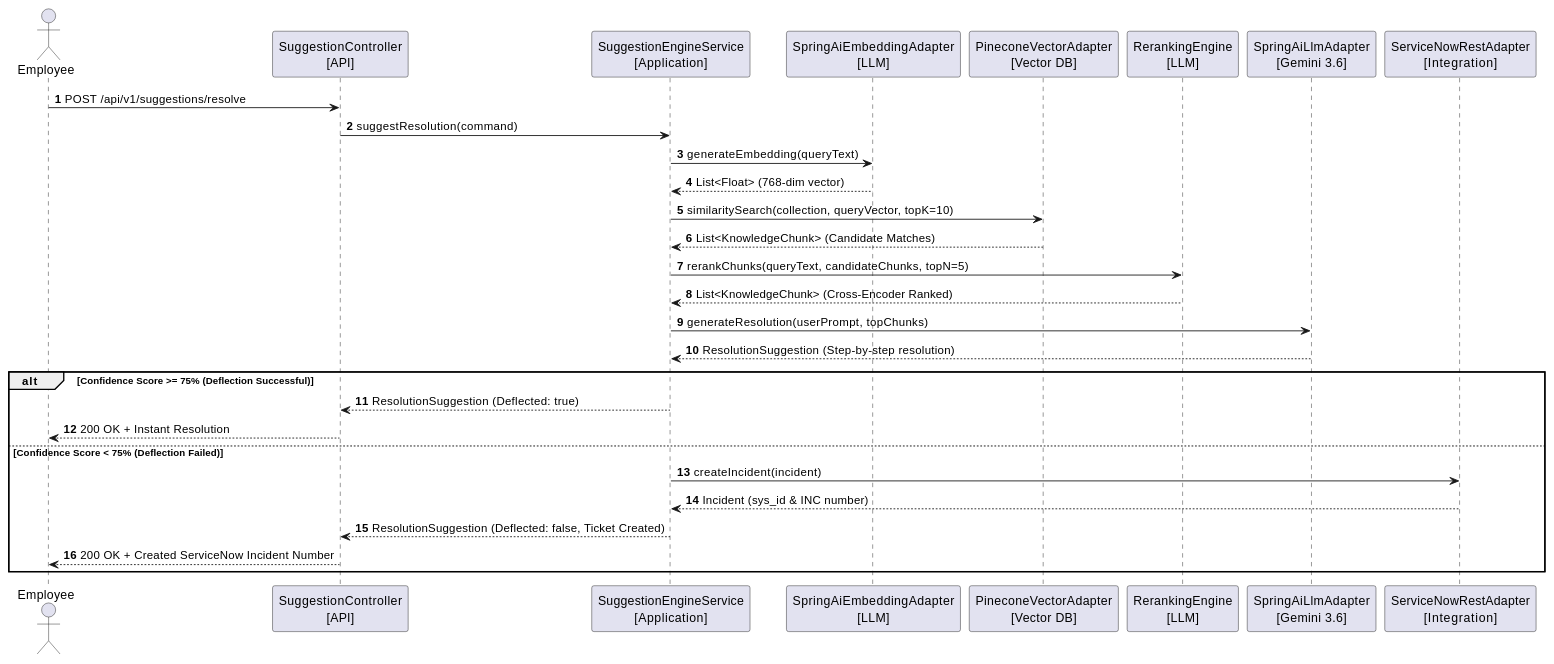
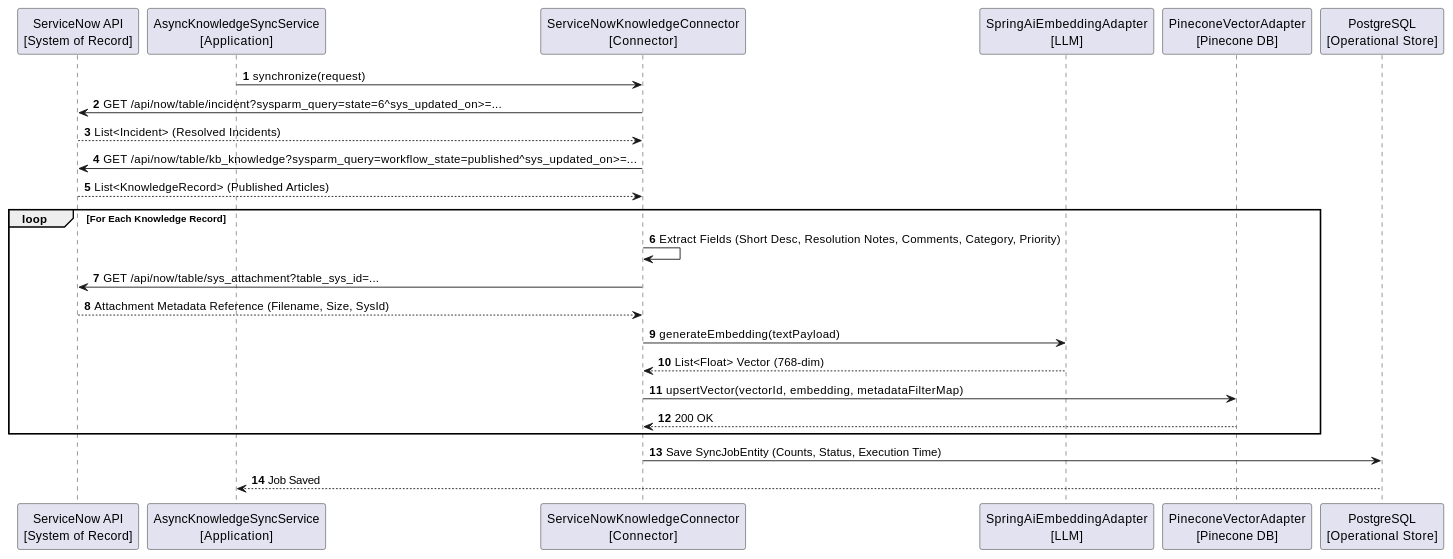
One commit to latecoder10/servicenow-ai-deflection-plugin changed the second of 2 diagrams in service-desk-ai-platform-backend/ARCHITECTURE.md. Above: the diagram before and after it, drawn with PlantUML. The commit also changed other lines of this file and 97 other files, not shown here.

First line of the commit message:
feat: ServiceNow plugin setup, batch embedding, synthetic data loader, setup guide

````diff
--- a/service-desk-ai-platform-backend/ARCHITECTURE.md
+++ b/service-desk-ai-platform-backend/ARCHITECTURE.md
@@ -58,37 +63,32 @@
 ```plantuml
-@startuml PrimaryDeflectionFlow
+@startuml SyncPipelineFlow
 autonumber
-actor Employee as "Employee"
-participant Controller as "SuggestionController\n[API]"
-participant Engine as "SuggestionEngineService\n[Application]"
+participant ServiceNow as "ServiceNow API\n[System of Record]"
+participant SyncEngine as "AsyncKnowledgeSyncService\n[Application]"
+participant Connector as "ServiceNowKnowledgeConnector\n[Connector]"
 participant Embedder as "SpringAiEmbeddingAdapter\n[LLM]"
-participant Pinecone as "PineconeVectorAdapter\n[Vector DB]"
-participant Reranker as "RerankingEngine\n[LLM]"
-participant Gemini as "SpringAiLlmAdapter\n[Gemini 3.6]"
-participant ServiceNow as "ServiceNowRestAdapter\n[Integration]"
+participant Pinecone as "PineconeVectorAdapter\n[Pinecone DB]"
+participant Postgres as "PostgreSQL\n[Operational Store]"
 
-Employee -> Controller: POST /api/v1/suggestions/resolve
-Controller -> Engine: suggestResolution(command)
-Engine -> Embedder: generateEmbedding(queryText)
-Embedder --> Engine: List<Float> (768-dim vector)
+SyncEngine -> Connector: synchronize(request)
+Connector -> ServiceNow: GET /api/now/table/incident?sysparm_query=state=6^sys_updated_on>=...
+ServiceNow --> Connector: List<Incident> (Resolved Incidents)
+Connector -> ServiceNow: GET /api/now/table/kb_knowledge?sysparm_query=workflow_state=published^sys_updated_on>=...
+ServiceNow --> Connector: List<KnowledgeRecord> (Published Articles)
 
-Engine -> Pinecone: similaritySearch(collection, queryVector, topK=10)
-Pinecone --> Engine: List<KnowledgeChunk> (Candidate Matches)
+loop For Each Knowledge Record
+    Connector -> Connector: Extract Fields (Short Desc, Resolution Notes, Comments, Category, Priority)
+    Connector -> ServiceNow: GET /api/now/table/sys_attachment?table_sys_id=...
+    ServiceNow --> Connector: Attachment Metadata Reference (Filename, Size, SysId)
+    
+    Connector -> Embedder: generateEmbedding(textPayload)
+    Embedder --> Connector: List<Float> Vector (768-dim)
+    
+    Connector -> Pinecone: upsertVector(vectorId, embedding, metadataFilterMap)
+    Pinecone --> Connector: 200 OK
+end
 
-Engine -> Reranker: rerankChunks(queryText, candidateChunks, topN=5)
-Reranker --> Engine: List<KnowledgeChunk> (Cross-Encoder Ranked)
-
-Engine -> Gemini: generateResolution(userPrompt, topChunks)
-Gemini --> Engine: ResolutionSuggestion (Step-by-step resolution)
-
-alt Confidence Score >= 75% (Deflection Successful)
-    Engine --> Controller: ResolutionSuggestion (Deflected: true)
-    Controller --> Employee: 200 OK + Instant Resolution
-else Confidence Score < 75% (Deflection Failed)
-    Engine -> ServiceNow: createIncident(incident)
-    ServiceNow --> Engine: Incident (sys_id & INC number)
-    Engine --> Controller: ResolutionSuggestion (Deflected: false, Ticket Created)
-    Controller --> Employee: 200 OK + Created ServiceNow Incident Number
-end
+Connector -> Postgres: Save SyncJobEntity (Counts, Status, Execution Time)
+Postgres --> SyncEngine: Job Saved
 @enduml
 ```
````
